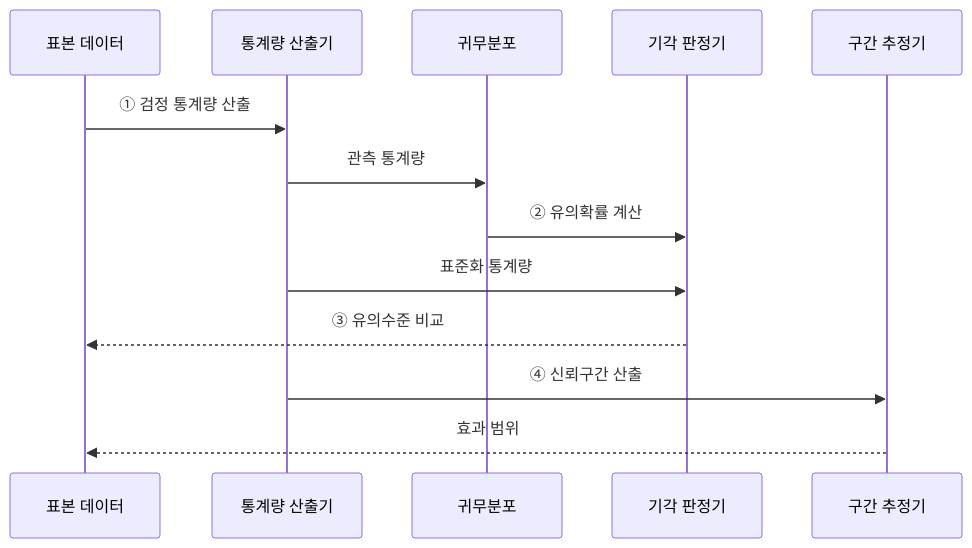
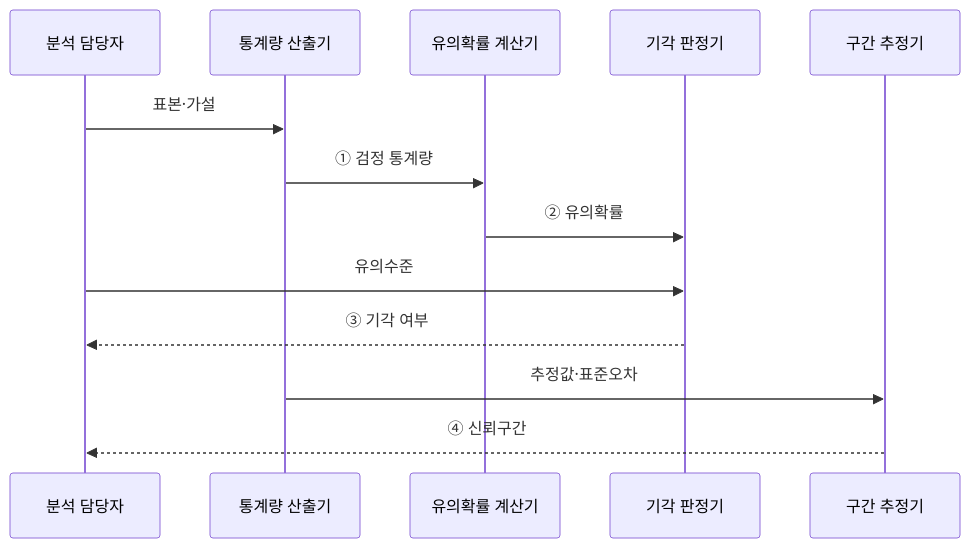
One commit to agnusdei1207/knowledge-base changed the third of 3 diagrams in src/content/docs/notes/01-basic-theory/033_hypothesis_testing.md. Above: the diagram before and after it, drawn with Mermaid. The commit also changed other lines of this file and 10 other files, not shown here.

````diff
--- a/src/content/docs/notes/01-basic-theory/033_hypothesis_testing.md
+++ b/src/content/docs/notes/01-basic-theory/033_hypothesis_testing.md
@@ -111,15 +99,15 @@
 ```mermaid
 sequenceDiagram
-    participant D as 표본 데이터
+    participant A as 분석 담당자
     participant T as 통계량 산출기
-    participant N as 귀무분포
+    participant P as 유의확률 계산기
     participant J as 기각 판정기
     participant C as 구간 추정기
-    D->>T: ① 검정 통계량 산출
-    T->>N: 관측 통계량
-    N->>J: ② 유의확률 계산
-    T->>J: 표준화 통계량
-    J-->>D: ③ 유의수준 비교
-    T->>C: ④ 신뢰구간 산출
-    C-->>D: 효과 범위
+    A->>T: 표본·가설
+    T->>P: ① 검정 통계량
+    P->>J: ② 유의확률
+    A->>J: 유의수준
+    J-->>A: ③ 기각 여부
+    T->>C: 추정값·표준오차
+    C-->>A: ④ 신뢰구간
 ```
````
